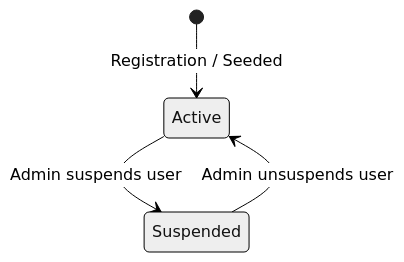
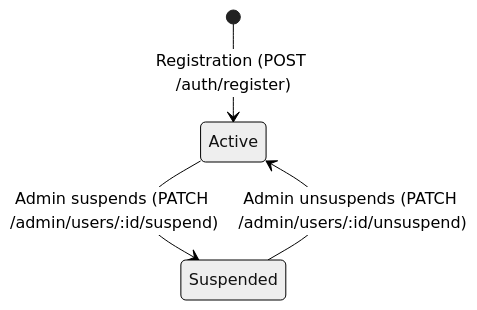
The diagram in docs/domains/identity-authentication.md (jasim-sct/machine-test), drawn with Mermaid (neutral theme) before and after one commit. The commit also changed other lines of this file and 111 other files, not shown here.

````diff
--- a/docs/domains/identity-authentication.md
+++ b/docs/domains/identity-authentication.md
@@ -25,6 +32,6 @@
 ```mermaid
 stateDiagram-v2
-    [*] --> Active: Registration / Seeded
-    Active --> Suspended: Admin suspends user
-    Suspended --> Active: Admin unsuspends user
+    [*] --> Active: Registration (POST /auth/register)
+    Active --> Suspended: Admin suspends (PATCH /admin/users/:id/suspend)
+    Suspended --> Active: Admin unsuspends (PATCH /admin/users/:id/unsuspend)
 ```
````
